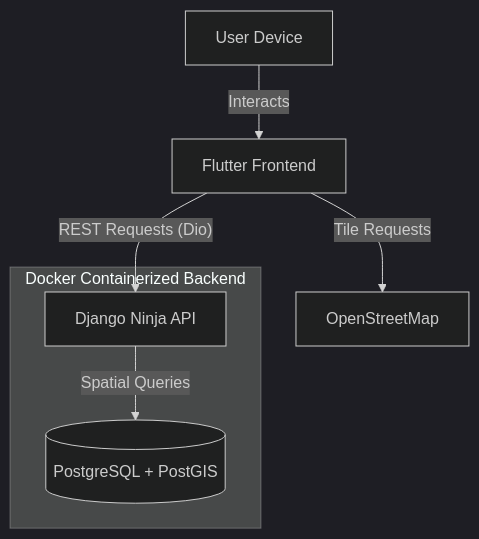
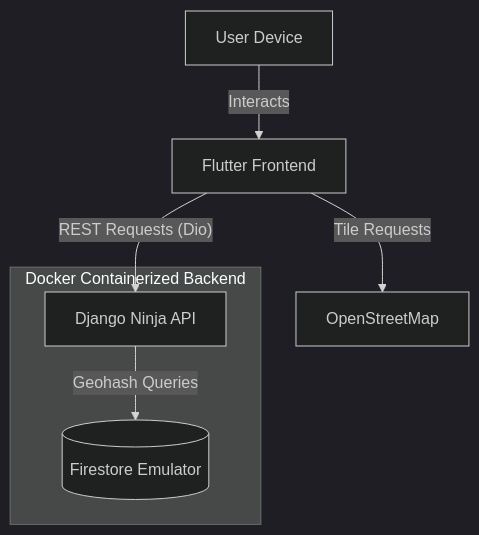
The diagram in README.md (b1codes/is-it-open), drawn with Mermaid (dark theme) before and after one commit. The commit also changed other lines of this file and 65 other files, not shown here.

First line of the commit message:
feat(backend): move data to Google Cloud Firestore with a Dockerized emulator (CU-86bb077tz) (#28)

````diff
--- a/README.md
+++ b/README.md
@@ -25,13 +25,13 @@
 ```mermaid
 graph TD
     User["User Device"] -->|Interacts| UI["Flutter Frontend"]
     
     subgraph "Docker Containerized Backend"
         API["Django Ninja API"]
-        DB[("PostgreSQL + PostGIS")]
+        DB[("Firestore Emulator")]
     end
     
     UI -->|"REST Requests (Dio)"| API
     UI -->|"Tile Requests"| OSM["OpenStreetMap"]
-    API -->|"Spatial Queries"| DB
+    API -->|"Geohash Queries"| DB
 ```
````
